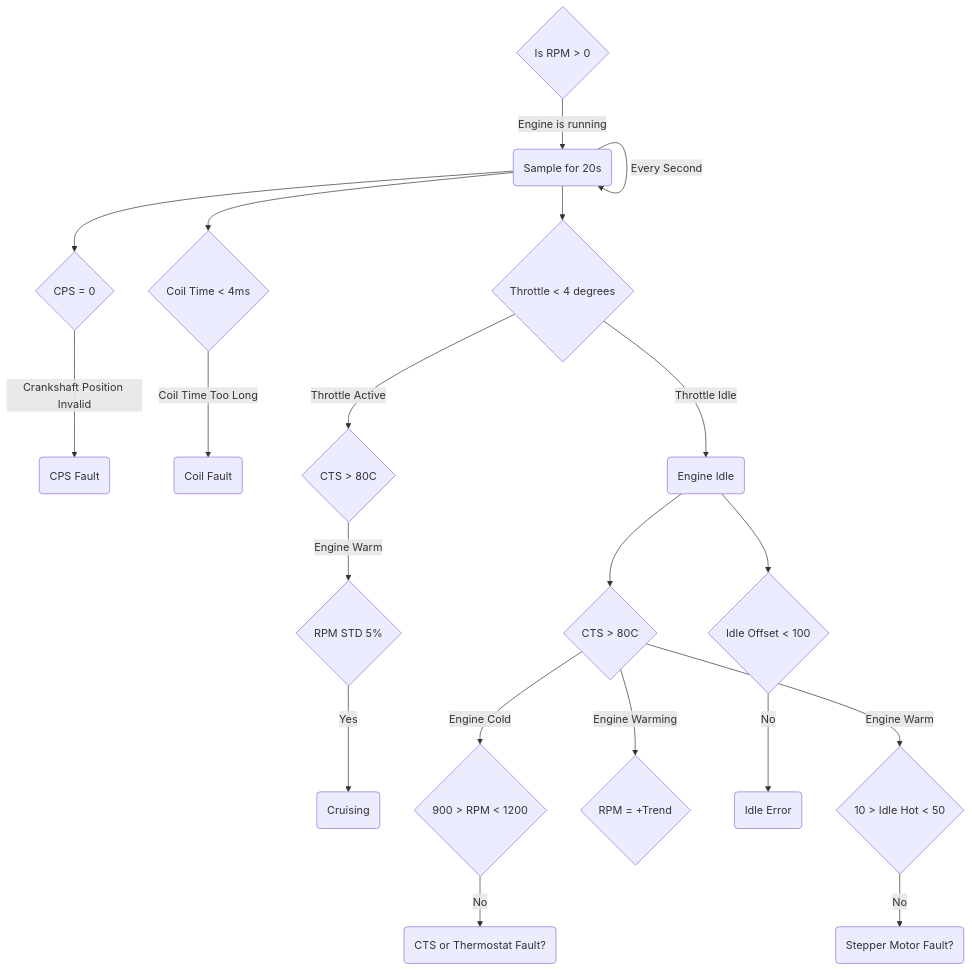
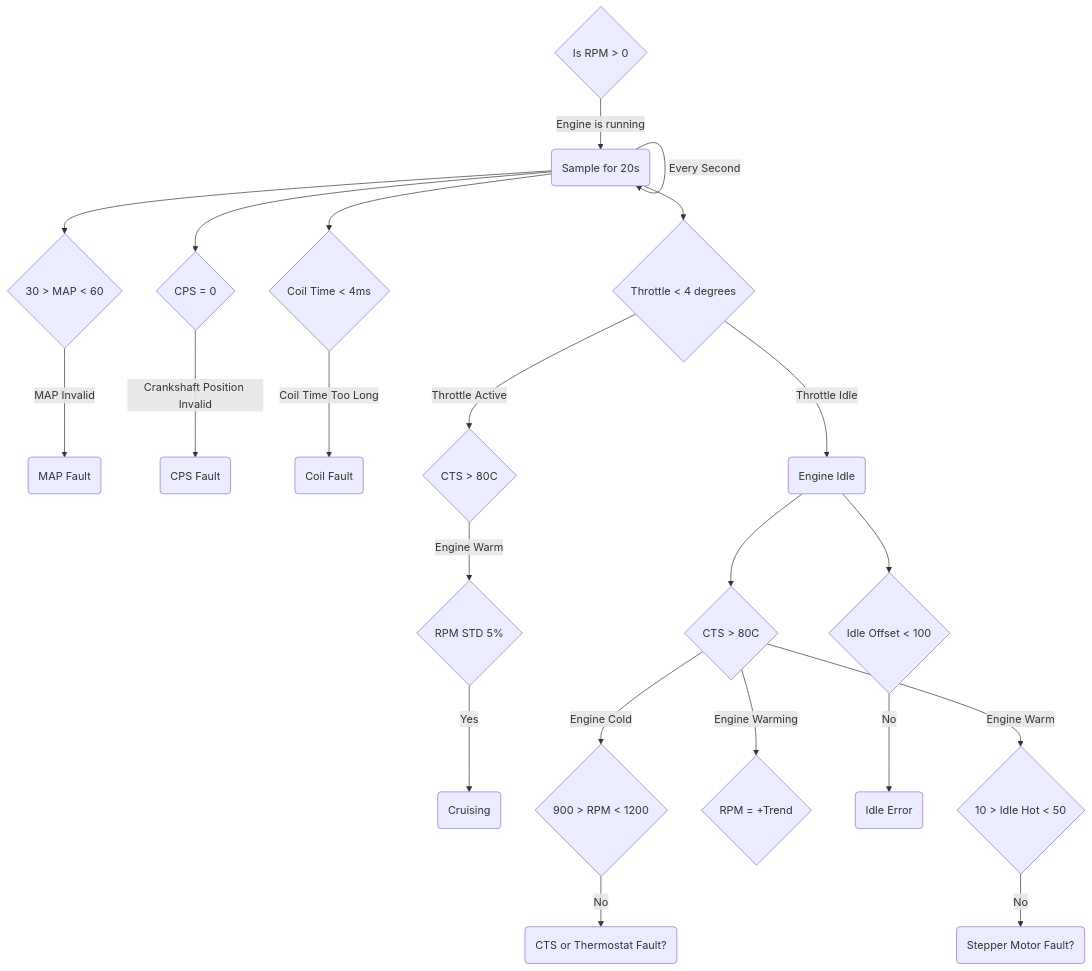
The second of 4 diagrams in README.md (wilberforce/rosco), drawn with Mermaid before and after one commit. The commit also changed other lines of this file, not shown here.

````diff
--- a/README.md
+++ b/README.md
@@ -9,22 +36,24 @@
 ```mermaid  
 graph TB  
 Start{Is RPM > 0} --> |Engine is running| Ready(Sample for 20s)
 Ready -- Every Second --> Ready  
+Ready --> QueryMAP{30 > MAP < 60}
+QueryMAP --> |MAP Invalid|MAPF(MAP Fault)
 Ready --> QueryCPS{CPS = 0}  
 QueryCPS --> |Crankshaft Position Invalid|CPSF(CPS Fault)  
 Ready --> QueryCOIL{Coil Time < 4ms}  
 QueryCOIL --> |Coil Time Too Long|COILF(Coil Fault)  
 Ready --> QueryThrottle{Throttle < 4 degrees}  
 QueryThrottle --> |Throttle Idle|EngineIdle(Engine Idle)
 QueryThrottle -- Throttle Active --> QueryCruising{CTS > 80C}  
 QueryCruising -- Engine Warm --> QueryCruiseIdle{RPM STD 5%}  
 QueryCruiseIdle --> |Yes|IsCruising(Cruising) 
 EngineIdle --> QueryTemp{CTS > 80C}  
 QueryTemp -- Engine Cold --> QueryIdleCold{900 > RPM < 1200}  
 QueryTemp -- Engine Warming --> QueryWarming{RPM = +Trend}  
 QueryIdleCold --> |No|CTSFault(CTS or Thermostat Fault?)
 EngineIdle --> QueryIdleOffset{Idle Offset < 100}  
 QueryIdleOffset --> |No|IdleOffsetFault(Idle Error)
 QueryTemp -- Engine Warm --> QueryIdleHot{10 > Idle Hot < 50}  
 QueryIdleHot --> |No|IdleHotFault(Stepper Motor Fault?)
 ```
````
